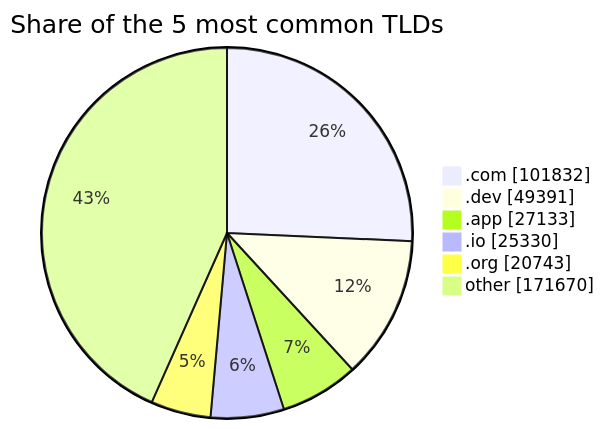
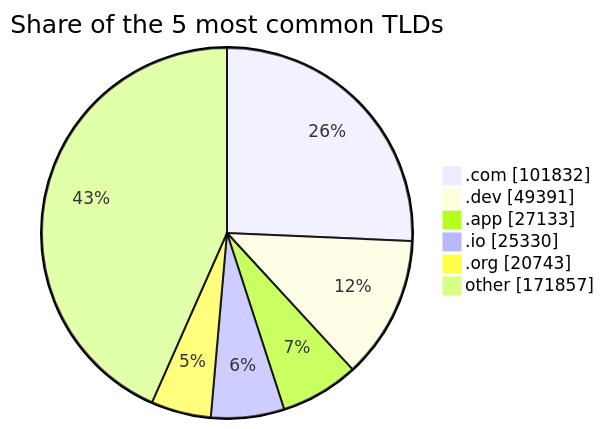
Before and after one commit to DNSBunker/CTI: the third of 3 diagrams in README.md, drawn with Mermaid. The commit also changed other lines of this file and 3 other files, not shown here.

````diff
--- a/README.md
+++ b/README.md
@@ -81,9 +81,9 @@
 ```mermaid
 pie showData title Share of the 5 most common TLDs
     ".com" : 101832
     ".dev" : 49391
     ".app" : 27133
     ".io" : 25330
     ".org" : 20743
-    "other" : 171670
+    "other" : 171857
 ```
````
